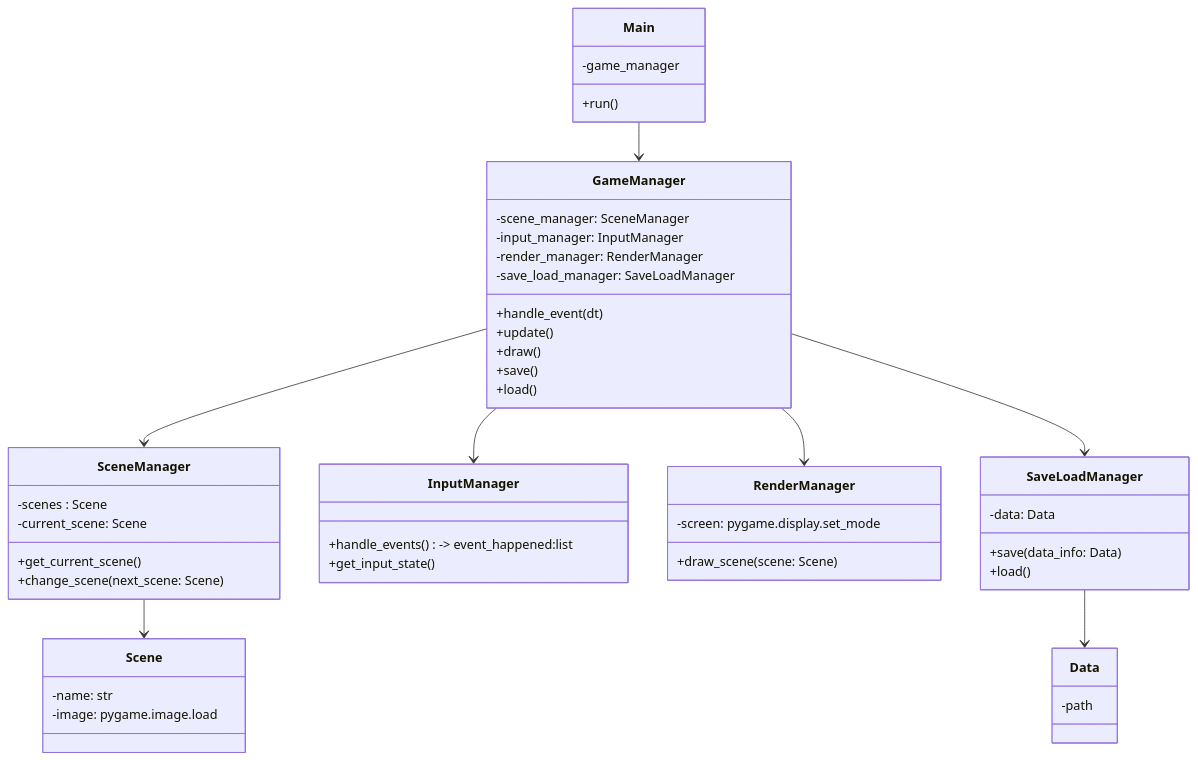
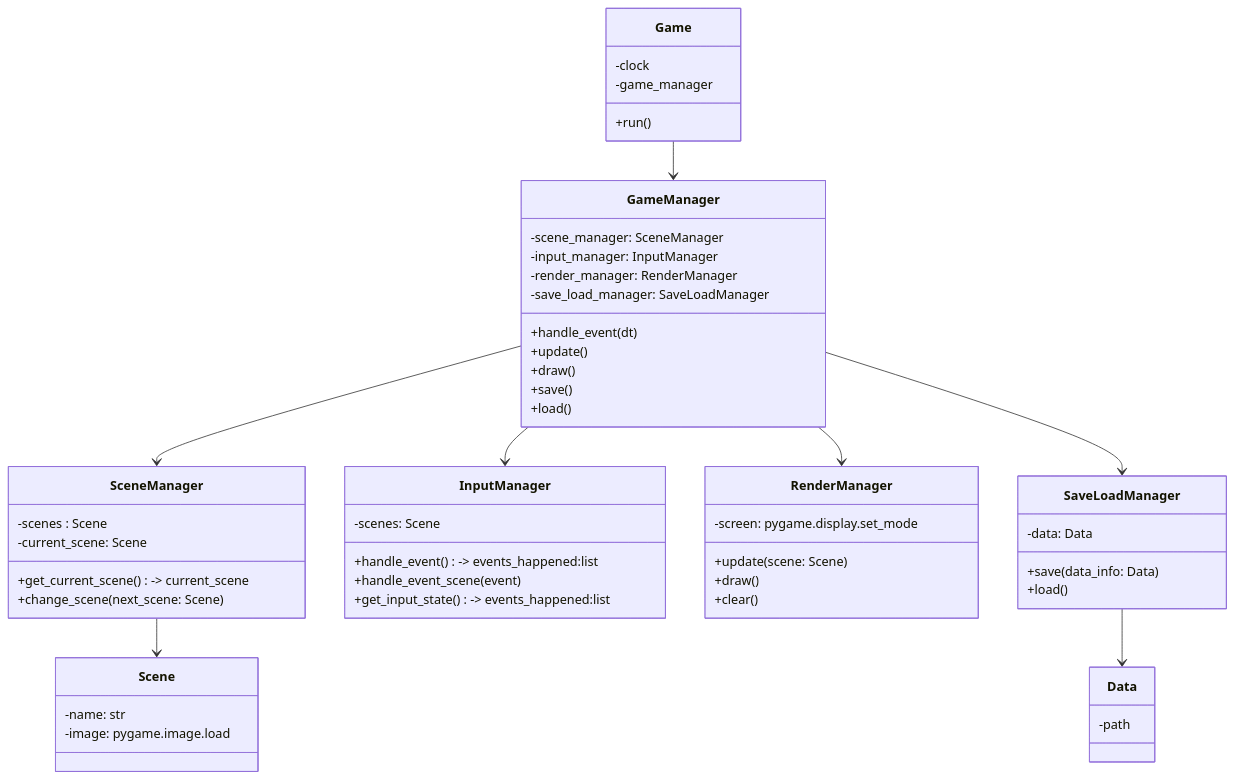
Before and after one commit to ymd20060720/my_project1: the diagram in other/game-architecture-diagram.md, drawn with Mermaid. The commit also changed 9 other files, not shown here.

```diff
--- a/other/game-architecture-diagram.md
+++ b/other/game-architecture-diagram.md
@@ -1,51 +1,56 @@
 :::mermaid
 classDiagram
-    class Main {
+    class Game {
+        -clock
         -game_manager
         +run()
     }
     class GameManager {
         -scene_manager: SceneManager
         -input_manager: InputManager
         -render_manager: RenderManager
         -save_load_manager: SaveLoadManager
         +handle_event(dt)
         +update()
         +draw()
         +save()
         +load()
     }
     class SceneManager {
         -scenes : Scene
         -current_scene: Scene
-        +get_current_scene()
+        +get_current_scene() -> current_scene
         +change_scene(next_scene: Scene)
     }
     class InputManager {
-        +handle_events() -> event_happened:list
-        +get_input_state()
+        -scenes: Scene
+        +handle_event() -> events_happened:list
+        +handle_event_scene(event)
+        +get_input_state() -> events_happened:list
     }
     class RenderManager {
         -screen: pygame.display.set_mode
-        +draw_scene(scene: Scene)
+        +update(scene: Scene)
+        +draw()
+        +clear()
     }
     class SaveLoadManager {
         -data: Data
         +save(data_info: Data)
         +load()
     }
     class Scene {
         -name: str
         -image: pygame.image.load
     }
     class Data{
         -path
     }
-    Main --> GameManager
+    Game --> GameManager
     GameManager --> SceneManager
     GameManager --> InputManager
     GameManager --> RenderManager
     GameManager --> SaveLoadManager
     SceneManager --> Scene
     SaveLoadManager --> Data
 :::
```
